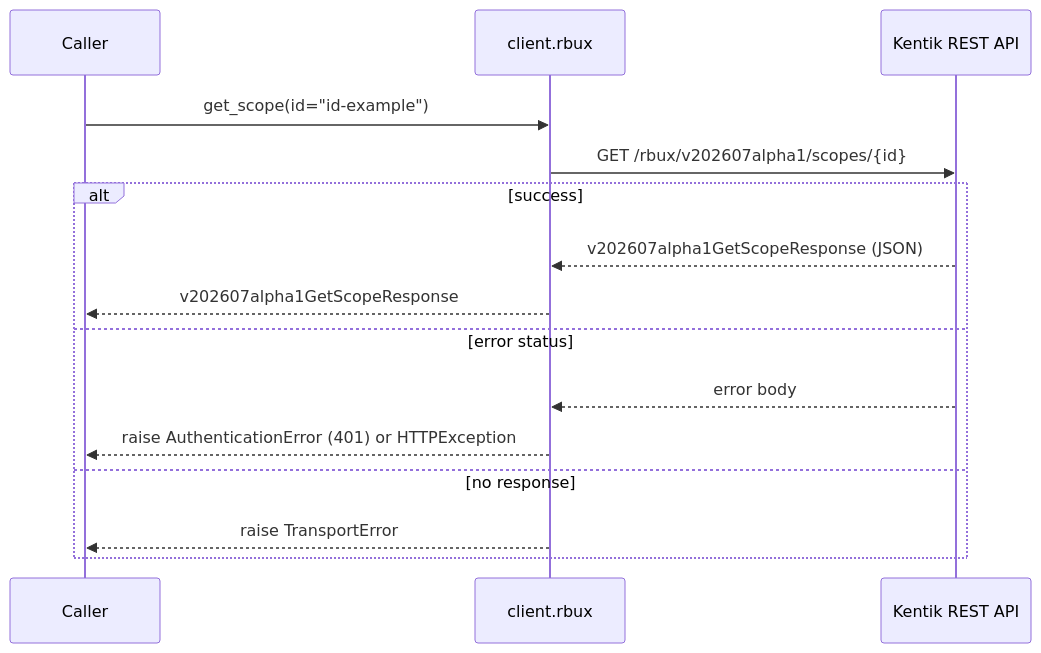
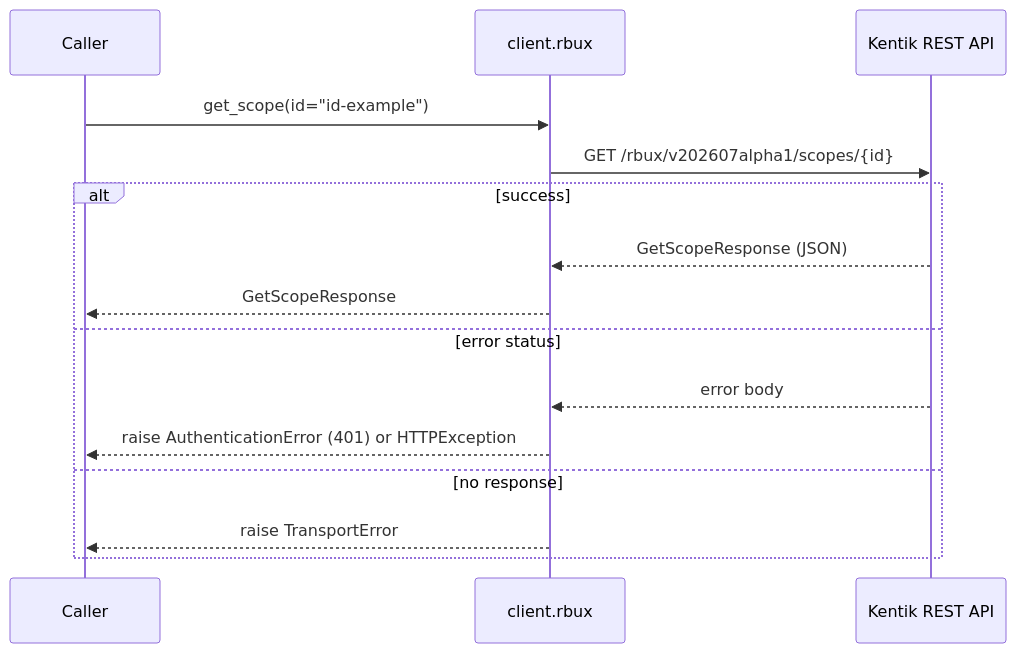
One commit to alexdearaujo/community_sdk_python changed the sixth of 12 diagrams in docs/sphinx/services/rbux.md. Above: the diagram before and after it, drawn with Mermaid. The commit also changed other lines of this file and 38 other files, not shown here.

````diff
--- a/docs/sphinx/services/rbux.md
+++ b/docs/sphinx/services/rbux.md
@@ -182,18 +182,18 @@
 ```mermaid
 sequenceDiagram
     participant C as Caller
     participant W as client.rbux
     participant API as Kentik REST API
 
     C->>W: get_scope(id="id-example")
     W->>API: GET /rbux/v202607alpha1/scopes/{id}
     alt success
-        API-->>W: v202607alpha1GetScopeResponse (JSON)
-        W-->>C: v202607alpha1GetScopeResponse
+        API-->>W: GetScopeResponse (JSON)
+        W-->>C: GetScopeResponse
     else error status
         API-->>W: error body
         W-->>C: raise AuthenticationError (401) or HTTPException
     else no response
         W-->>C: raise TransportError
     end
 ```
````
